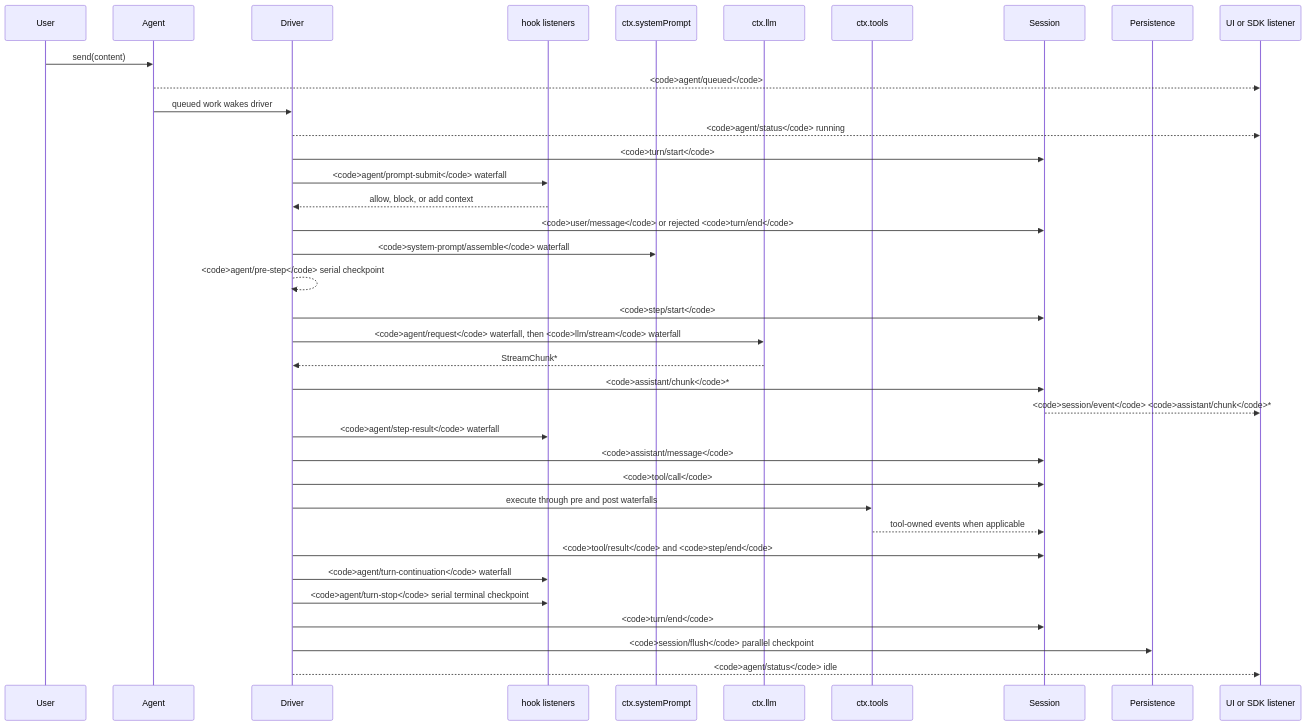
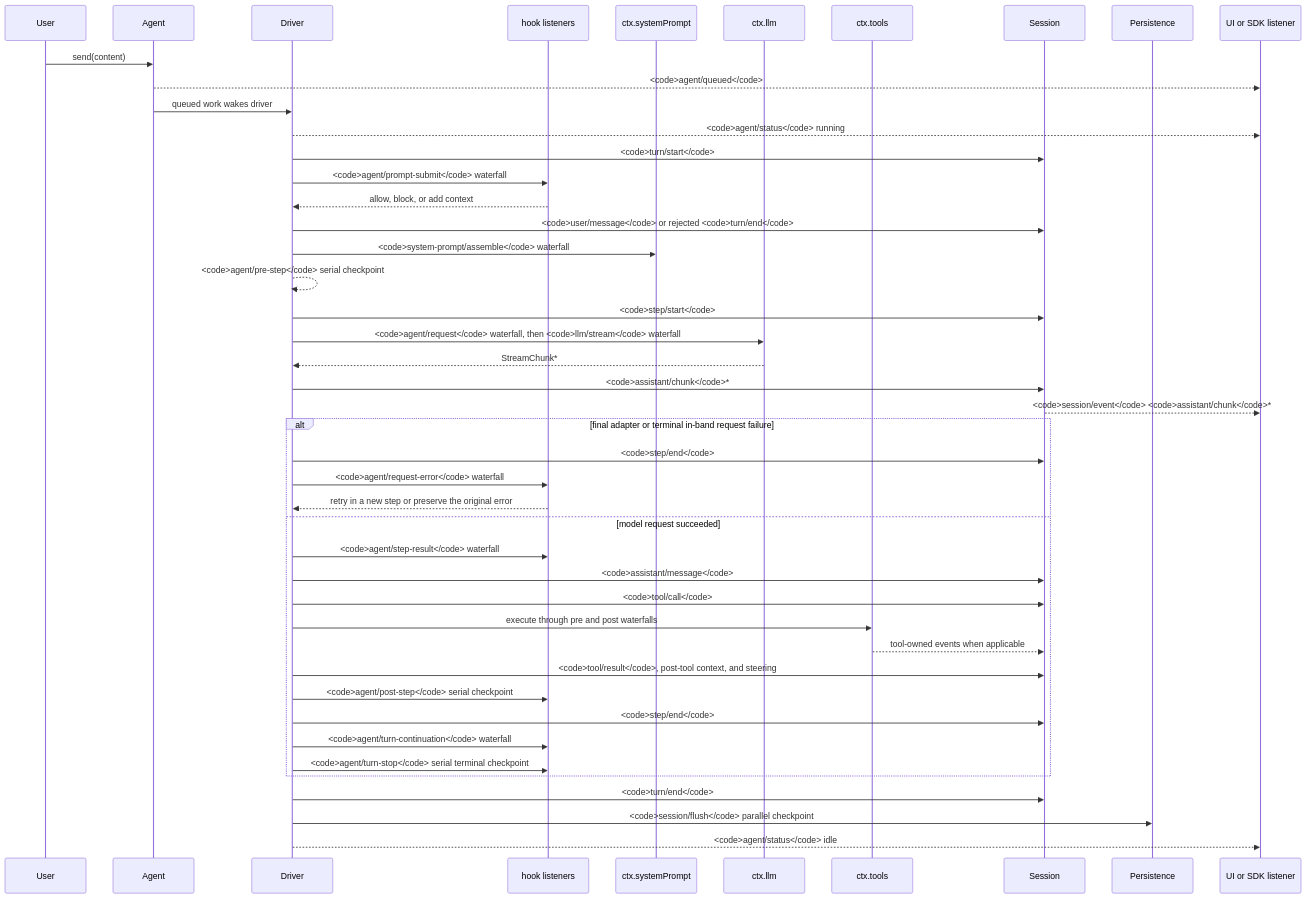
One commit to 007M7/DeepCode changed the diagram in docs/agent-lifecycle.md. Above: the diagram before and after it, drawn with Mermaid. The commit also changed 28 other files, not shown here.

Commit message:
feat(core): add post-step request recovery (PR3 phase 1)

````diff
--- a/docs/agent-lifecycle.md
+++ b/docs/agent-lifecycle.md
@@ -8,39 +8,47 @@
 ```mermaid
 sequenceDiagram
   participant User
   participant Agent
   participant Driver
   participant Hooks as hook listeners
   participant Prompt as ctx.systemPrompt
   participant LLM as ctx.llm
   participant Tools as ctx.tools
   participant Session
   participant Persistence
   participant SDK as UI or SDK listener
   User->>Agent: send(content)
   Agent-->>SDK: <code>agent/queued</code>
   Agent->>Driver: queued work wakes driver
   Driver-->>SDK: <code>agent/status</code> running
   Driver->>Session: <code>turn/start</code>
   Driver->>Hooks: <code>agent/prompt-submit</code> waterfall
   Hooks-->>Driver: allow, block, or add context
   Driver->>Session: <code>user/message</code> or rejected <code>turn/end</code>
   Driver->>Prompt: <code>system-prompt/assemble</code> waterfall
   Driver-->>Driver: <code>agent/pre-step</code> serial checkpoint
   Driver->>Session: <code>step/start</code>
   Driver->>LLM: <code>agent/request</code> waterfall, then <code>llm/stream</code> waterfall
   LLM-->>Driver: StreamChunk*
   Driver->>Session: <code>assistant/chunk</code>*
   Session-->>SDK: <code>session/event</code> <code>assistant/chunk</code>*
+  alt final adapter or terminal in-band request failure
+    Driver->>Session: <code>step/end</code>
+    Driver->>Hooks: <code>agent/request-error</code> waterfall
+    Hooks-->>Driver: retry in a new step or preserve the original error
+  else model request succeeded
   Driver->>Hooks: <code>agent/step-result</code> waterfall
   Driver->>Session: <code>assistant/message</code>
   Driver->>Session: <code>tool/call</code>
   Driver->>Tools: execute through pre and post waterfalls
   Tools-->>Session: tool-owned events when applicable
-  Driver->>Session: <code>tool/result</code> and <code>step/end</code>
+  Driver->>Session: <code>tool/result</code>, post-tool context, and steering
+  Driver->>Hooks: <code>agent/post-step</code> serial checkpoint
+  Driver->>Session: <code>step/end</code>
   Driver->>Hooks: <code>agent/turn-continuation</code> waterfall
   Driver->>Hooks: <code>agent/turn-stop</code> serial terminal checkpoint
+  end
   Driver->>Session: <code>turn/end</code>
   Driver->>Persistence: <code>session/flush</code> parallel checkpoint
   Driver-->>SDK: <code>agent/status</code> idle
 ```
````
